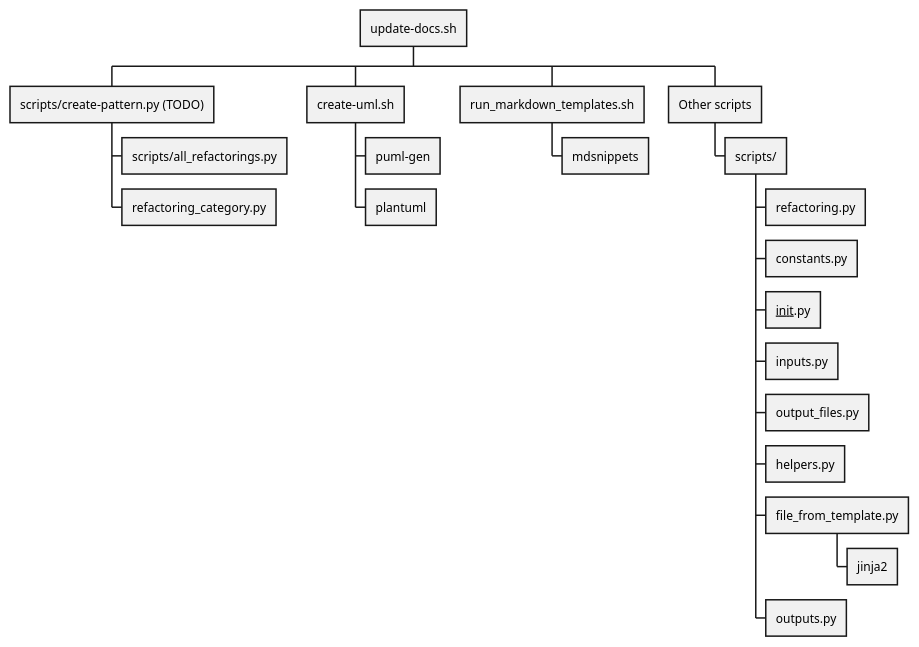
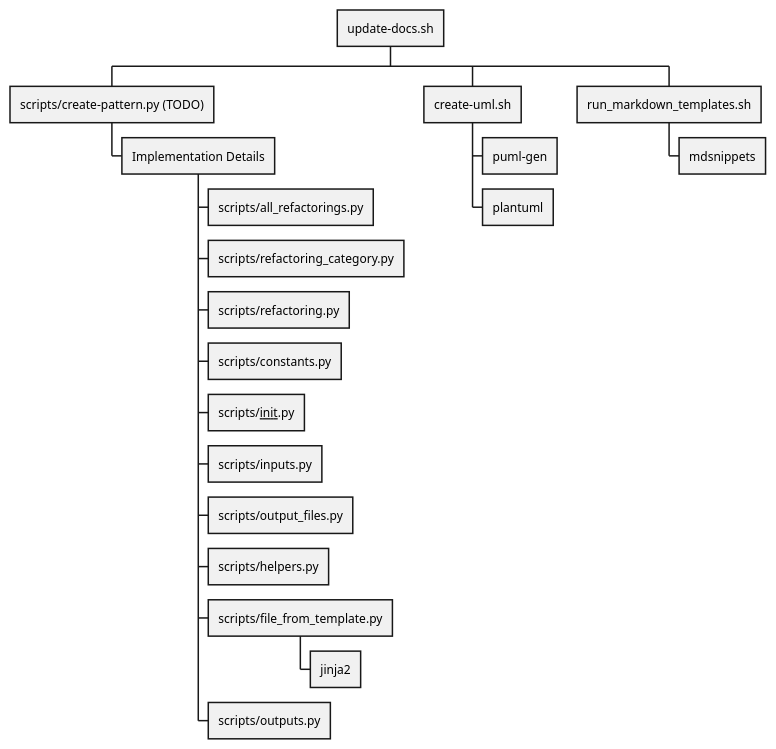
Before and after one commit to claremacrae/RefactoringSamples: the diagram in uml/Scripts/Scripts.puml, drawn with PlantUML.

Commit message:
Better structure for listing Python scripts

```diff
--- a/uml/Scripts/Scripts.puml
+++ b/uml/Scripts/Scripts.puml
@@ -1,24 +1,23 @@
 @startwbs
 
 * update-docs.sh
 ** scripts/create-pattern.py (TODO)
-*** scripts/all_refactorings.py
-*** refactoring_category.py
+*** Implementation Details
+**** scripts/all_refactorings.py
+**** scripts/refactoring_category.py
+**** scripts/refactoring.py
+**** scripts/constants.py
+**** scripts/__init__.py
+**** scripts/inputs.py
+**** scripts/output_files.py
+**** scripts/helpers.py
+**** scripts/file_from_template.py
+***** jinja2
+**** scripts/outputs.py
 ** create-uml.sh
 *** puml-gen
 *** plantuml
 ** run_markdown_templates.sh
 *** mdsnippets
-** Other scripts
-*** scripts/
-**** refactoring.py
-**** constants.py
-**** __init__.py
-**** inputs.py
-**** output_files.py
-**** helpers.py
-**** file_from_template.py
-***** jinja2
-**** outputs.py
 
 @endwbs
```
